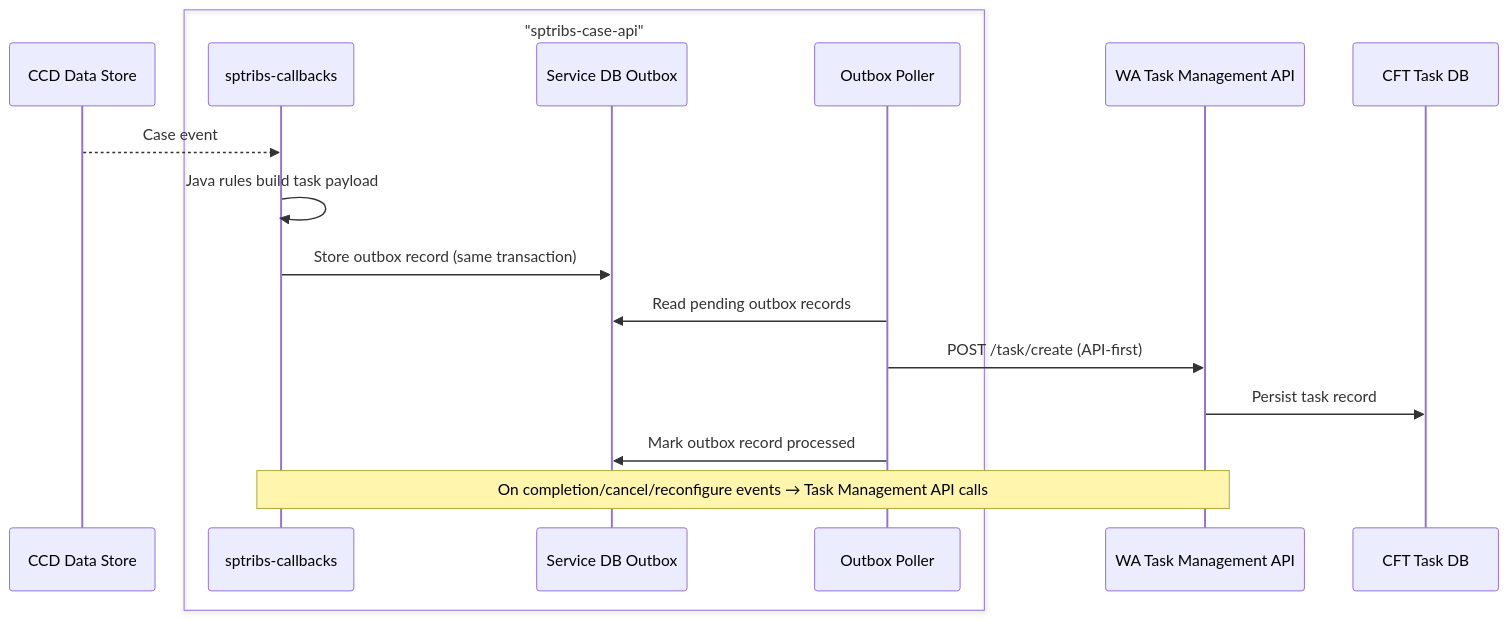
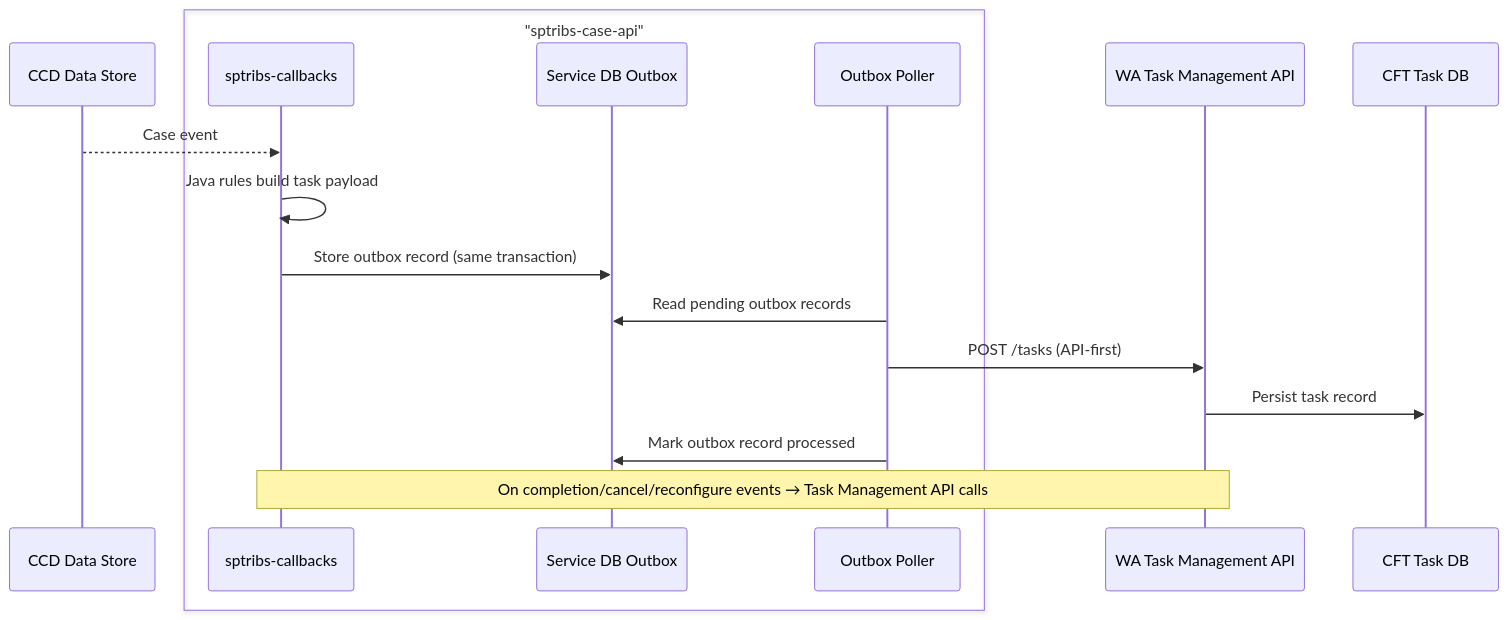
The second of 2 diagrams in docs/task-management/overview.md (hmcts/dtsse-ccd-config-generator), drawn with Mermaid before and after one commit. The commit also changed 1 other file, not shown here.

Commit message:
align task api with api standards

````diff
--- a/docs/task-management/overview.md
+++ b/docs/task-management/overview.md
@@ -57,20 +57,20 @@
 ```mermaid
 sequenceDiagram
   participant CCD as CCD Data Store
   box "sptribs-case-api"
     participant SVC as sptribs-callbacks
     participant DB as Service DB Outbox
     participant POLL as Outbox Poller
   end
   participant WATMGT as WA Task Management API
   participant CFTDB as CFT Task DB
 
   CCD-->>SVC: Case event
   SVC->>SVC: Java rules build task payload
   SVC->>DB: Store outbox record (same transaction)
   POLL->>DB: Read pending outbox records
-  POLL->>WATMGT: POST /task/create (API-first)
+  POLL->>WATMGT: POST /tasks (API-first)
   WATMGT->>CFTDB: Persist task record
   POLL->>DB: Mark outbox record processed
   Note over SVC,WATMGT: On completion/cancel/reconfigure events → Task Management API calls
 ```
````
